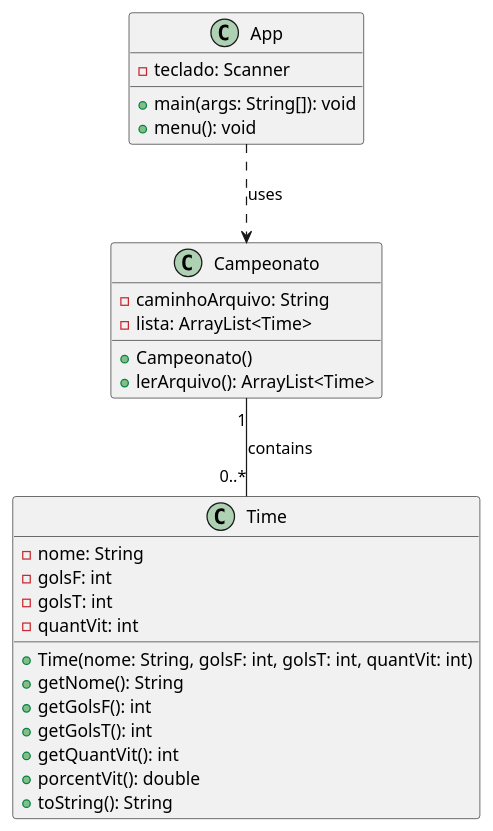
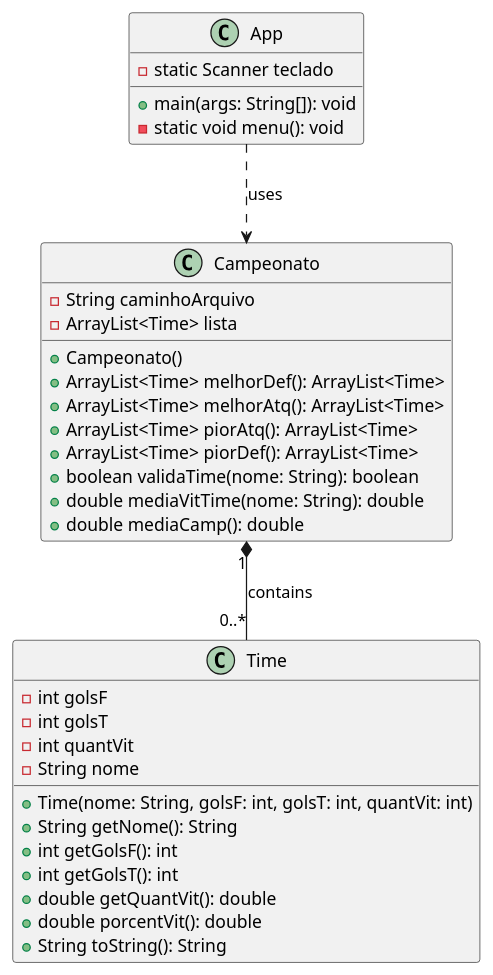
Before and after one commit to Gabico-Freitas/Exercicio-1-POO: the diagram in T1.puml, drawn with PlantUML. The commit also changed other lines of this file, not shown here.

```diff
--- a/T1.puml
+++ b/T1.puml
@@ -2,31 +1,37 @@
 @startuml
 class Time {
-  - nome: String
-  - golsF: int
-  - golsT: int
-  - quantVit: int
-  + Time(nome: String, golsF: int, golsT: int, quantVit: int)
-  + getNome(): String
-  + getGolsF(): int
-  + getGolsT(): int
-  + getQuantVit(): int
-  + porcentVit(): double
-  + toString(): String
+    - int golsF
+    - int golsT
+    - int quantVit
+    - String nome
+    + Time(nome: String, golsF: int, golsT: int, quantVit: int)
+    + String getNome(): String
+    + int getGolsF(): int
+    + int getGolsT(): int
+    + double getQuantVit(): double
+    + double porcentVit(): double
+    + String toString(): String
 }
 
 class Campeonato {
-  - caminhoArquivo: String
-  - lista: ArrayList<Time>
-  + Campeonato()
-  + lerArquivo(): ArrayList<Time>
+    - String caminhoArquivo
+    - ArrayList<Time> lista
+    + Campeonato()
+    + ArrayList<Time> melhorDef(): ArrayList<Time>
+    + ArrayList<Time> melhorAtq(): ArrayList<Time>
+    + ArrayList<Time> piorAtq(): ArrayList<Time>
+    + ArrayList<Time> piorDef(): ArrayList<Time>
+    + boolean validaTime(nome: String): boolean
+    + double mediaVitTime(nome: String): double
+    + double mediaCamp(): double
 }
 
 class App {
-  - teclado: Scanner
-  + main(args: String[]): void
-  + menu(): void
+    - static Scanner teclado
+    + main(args: String[]): void
+    - static void menu(): void
 }
 
+Campeonato "1" *-- "0..*" Time : contains
 App ..> Campeonato : uses
-Campeonato "1" -- "0..*" Time : contains
 @enduml
```
